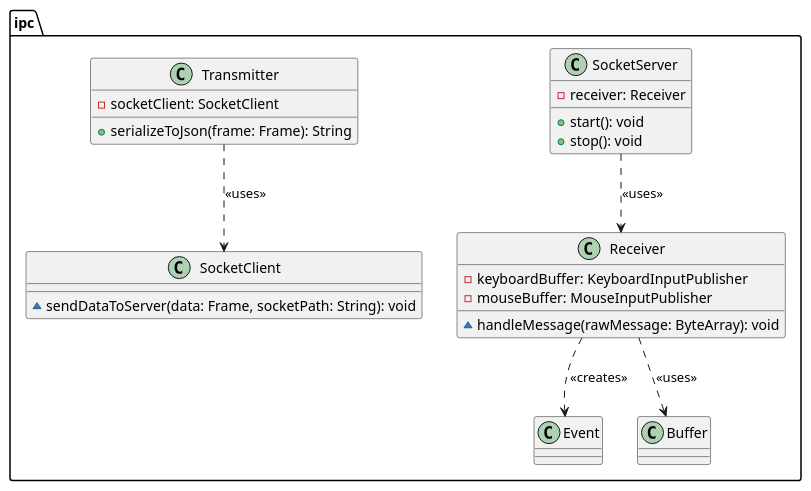
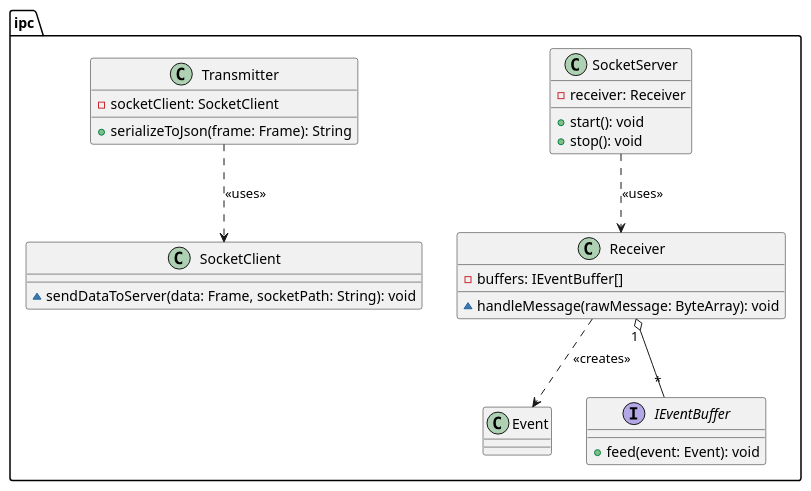
The diagram in uml/frontend-software-system/ipc.puml (Pending-Name-21/arquitecture), drawn with PlantUML before and after one commit. The commit also changed 1 other file, not shown here.

Commit message:
refactor: applied interface segregation on Buffer

```diff
--- a/uml/frontend-software-system/ipc.puml
+++ b/uml/frontend-software-system/ipc.puml
@@ -1,40 +1,42 @@
 @startuml
 package ipc {
 /'
 ------------------------------
 Server
 ------------------------------
 '/
     ' The channel
     class SocketServer {
         -receiver: Receiver
         +start(): void
         +stop(): void
     }
     SocketServer ..> Receiver: <<uses>>
 
     class Receiver {
-        -keyboardBuffer: KeyboardInputPublisher
-        -mouseBuffer: MouseInputPublisher
+        -buffers: IEventBuffer[]
         ~handleMessage(rawMessage: ByteArray): void
     }
     Receiver ..> Event: <<creates>>
-    Receiver ..> Buffer: <<uses>>
+    Receiver "1" o-- "*" IEventBuffer
 
+    interface IEventBuffer {
+        +feed(event: Event): void
+    }
 /'
 ------------------------------
 Client
 ------------------------------
 '/
     ' The channel
     class SocketClient {
         ~sendDataToServer(data: Frame, socketPath: String): void
     }
 
     class Transmitter {
         -socketClient: SocketClient
         +serializeToJson(frame: Frame): String
     }
     Transmitter ..> SocketClient: <<uses>>
 }
 @enduml
```
